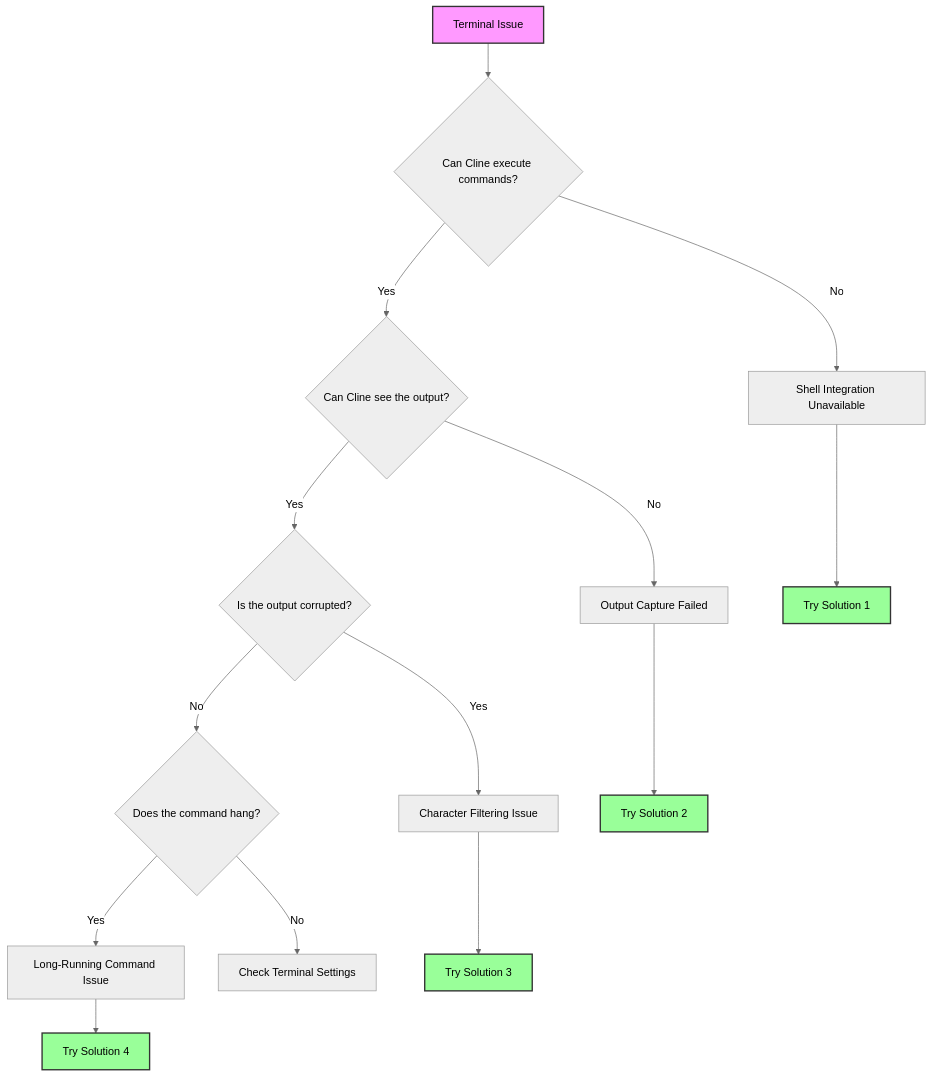
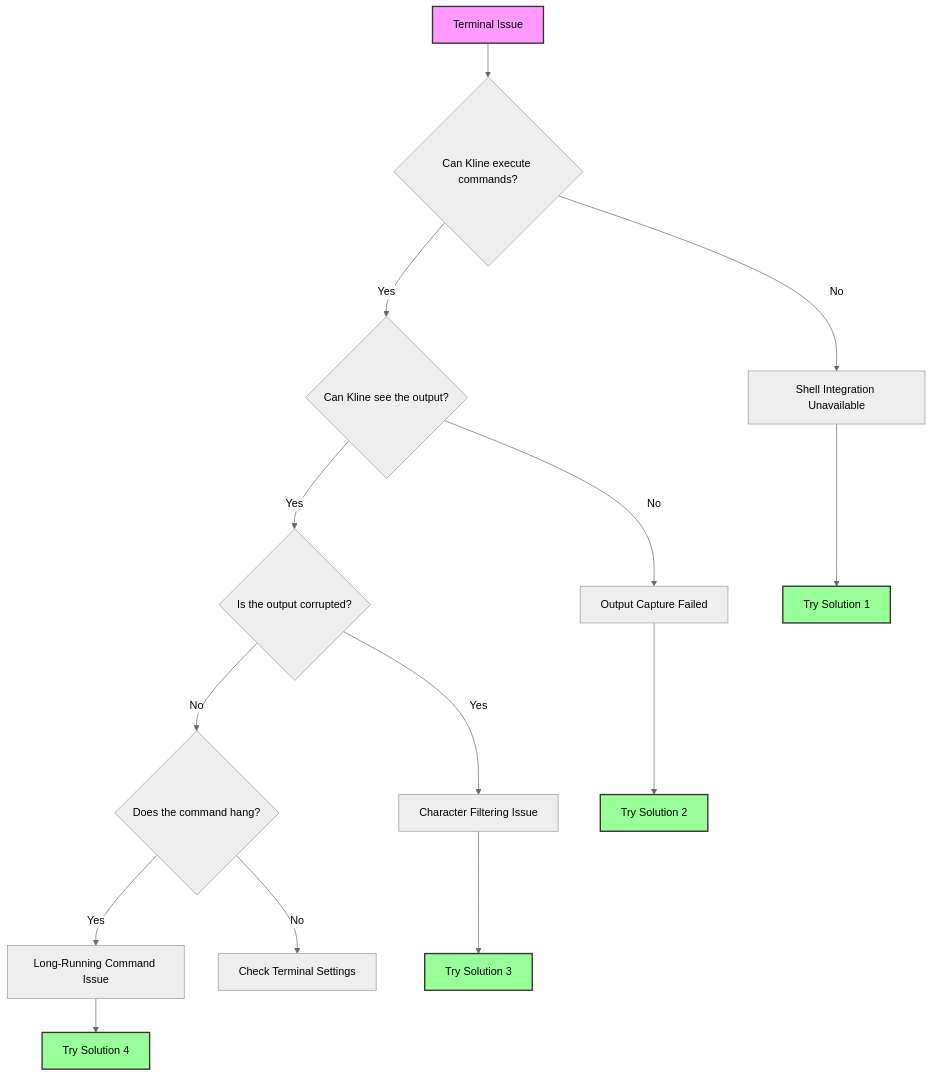
The diagram in docs/troubleshooting/terminal-integration-guide.mdx (Diyigelieren/cline), drawn with Mermaid (neutral theme) before and after one commit. The commit also changed other lines of this file and 228 other files, not shown here.

````diff
--- a/docs/troubleshooting/terminal-integration-guide.mdx
+++ b/docs/troubleshooting/terminal-integration-guide.mdx
@@ -20,23 +20,23 @@
 ```mermaid
 graph TD
-    A[Terminal Issue] --> B{Can Cline execute commands?}
+    A[Terminal Issue] --> B{Can Kline execute commands?}
     B -->|No| C[Shell Integration Unavailable]
-    B -->|Yes| D{Can Cline see the output?}
+    B -->|Yes| D{Can Kline see the output?}
     D -->|No| E[Output Capture Failed]
     D -->|Yes| F{Is the output corrupted?}
     F -->|Yes| G[Character Filtering Issue]
     F -->|No| H{Does the command hang?}
     H -->|Yes| I[Long-Running Command Issue]
     H -->|No| J[Check Terminal Settings]
 
     C --> K[Try Solution 1]
     E --> L[Try Solution 2]
     G --> M[Try Solution 3]
     I --> N[Try Solution 4]
 
     style A fill:#f9f,stroke:#333,stroke-width:2px
     style K fill:#9f9,stroke:#333,stroke-width:2px
     style L fill:#9f9,stroke:#333,stroke-width:2px
     style M fill:#9f9,stroke:#333,stroke-width:2px
     style N fill:#9f9,stroke:#333,stroke-width:2px
 ```
````
